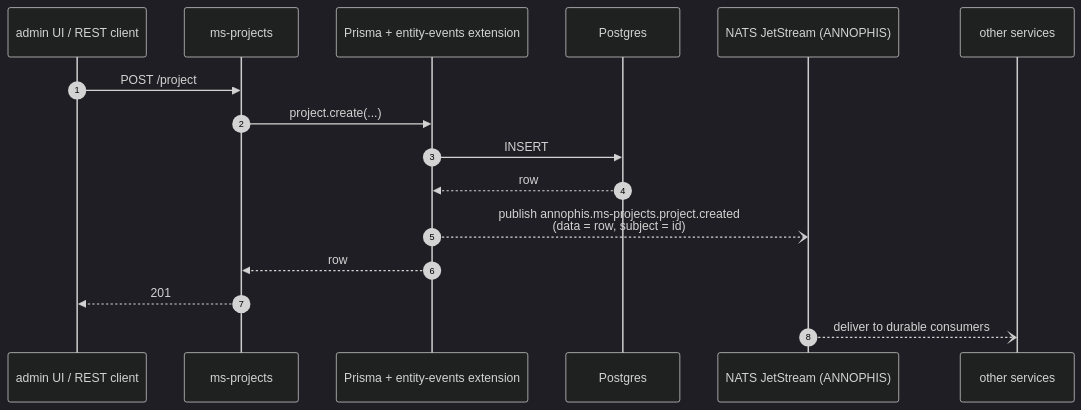
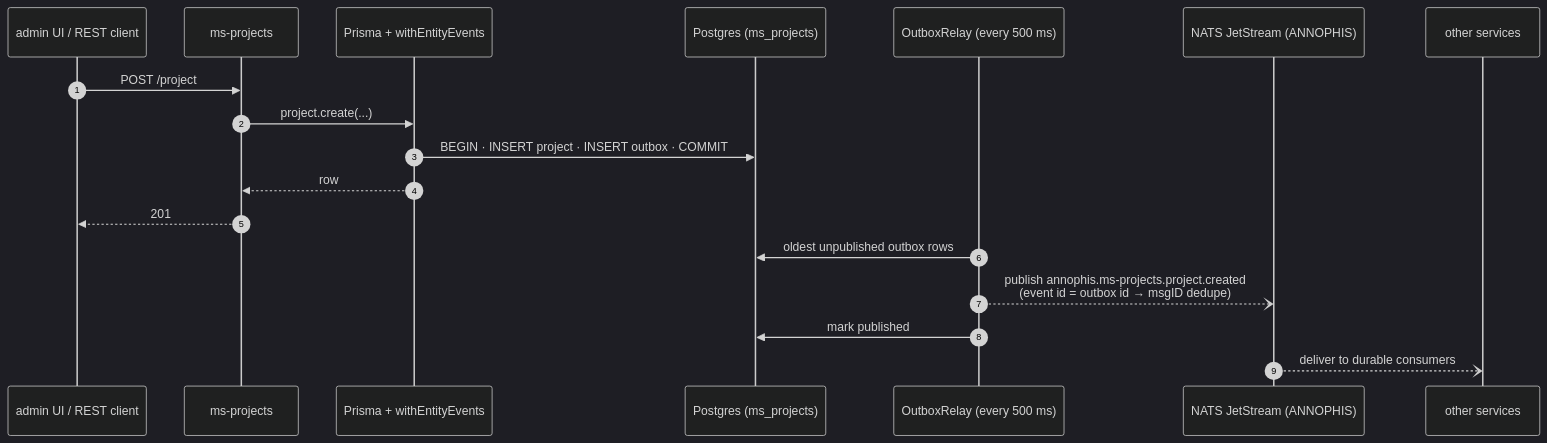
The first of 2 diagrams in docs/events.md (GhentCDH/annophis), drawn with Mermaid (dark theme) before and after one commit. The commit also changed other lines of this file and 50 other files, not shown here.

First line of the commit message:
feat(events): transactional outbox for entity events (#17)

````diff
--- a/docs/events.md
+++ b/docs/events.md
@@ -12,19 +12,21 @@
 ```mermaid
 sequenceDiagram
   autonumber
   participant A as admin UI / REST client
   participant S as ms-projects
-  participant X as Prisma + entity-events extension
-  participant DB as Postgres
+  participant X as Prisma + withEntityEvents
+  participant DB as Postgres (ms_projects)
+  participant R as OutboxRelay (every 500 ms)
   participant N as NATS JetStream (ANNOPHIS)
   participant O as other services
 
   A->>S: POST /project
   S->>X: project.create(...)
-  X->>DB: INSERT
-  DB-->>X: row
-  X--)N: publish annophis.ms-projects.project.created<br/>(data = row, subject = id)
+  X->>DB: BEGIN · INSERT project · INSERT outbox · COMMIT
   X-->>S: row
   S-->>A: 201
+  R->>DB: oldest unpublished outbox rows
+  R--)N: publish annophis.ms-projects.project.created<br/>(event id = outbox id → msgID dedupe)
+  R->>DB: mark published
   N--)O: deliver to durable consumers
 ```
````
